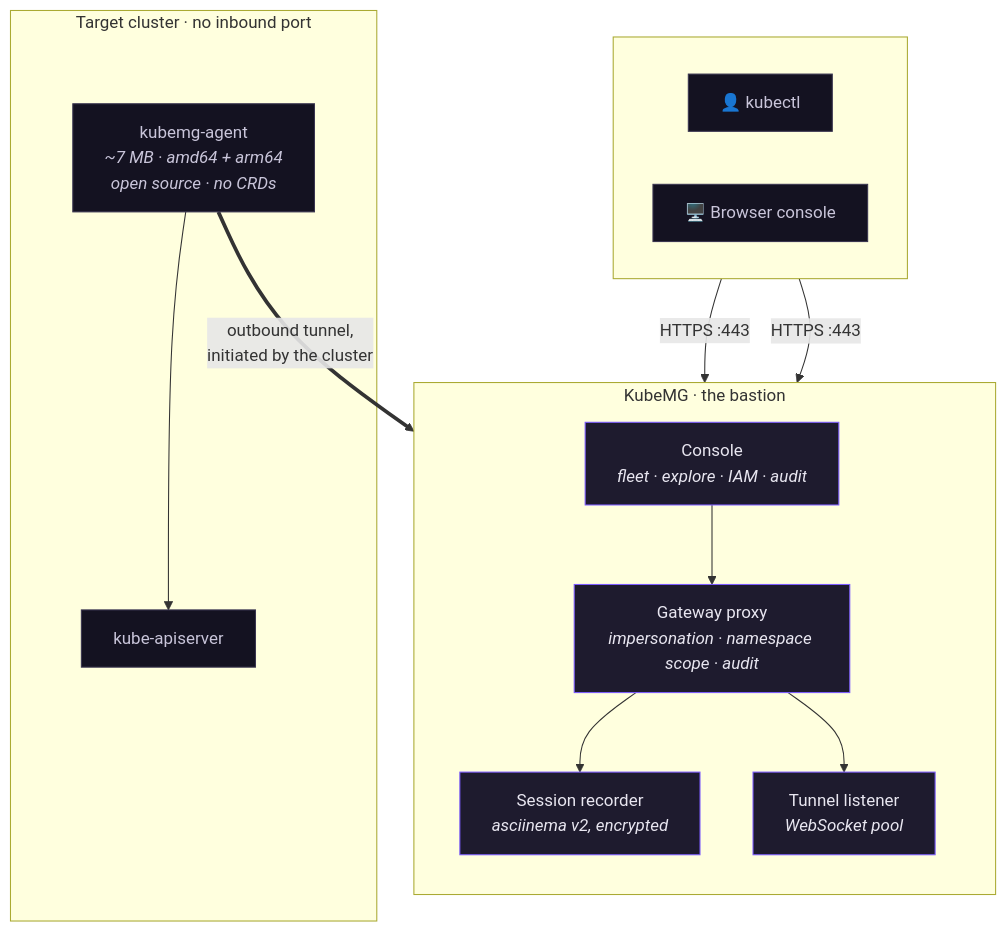
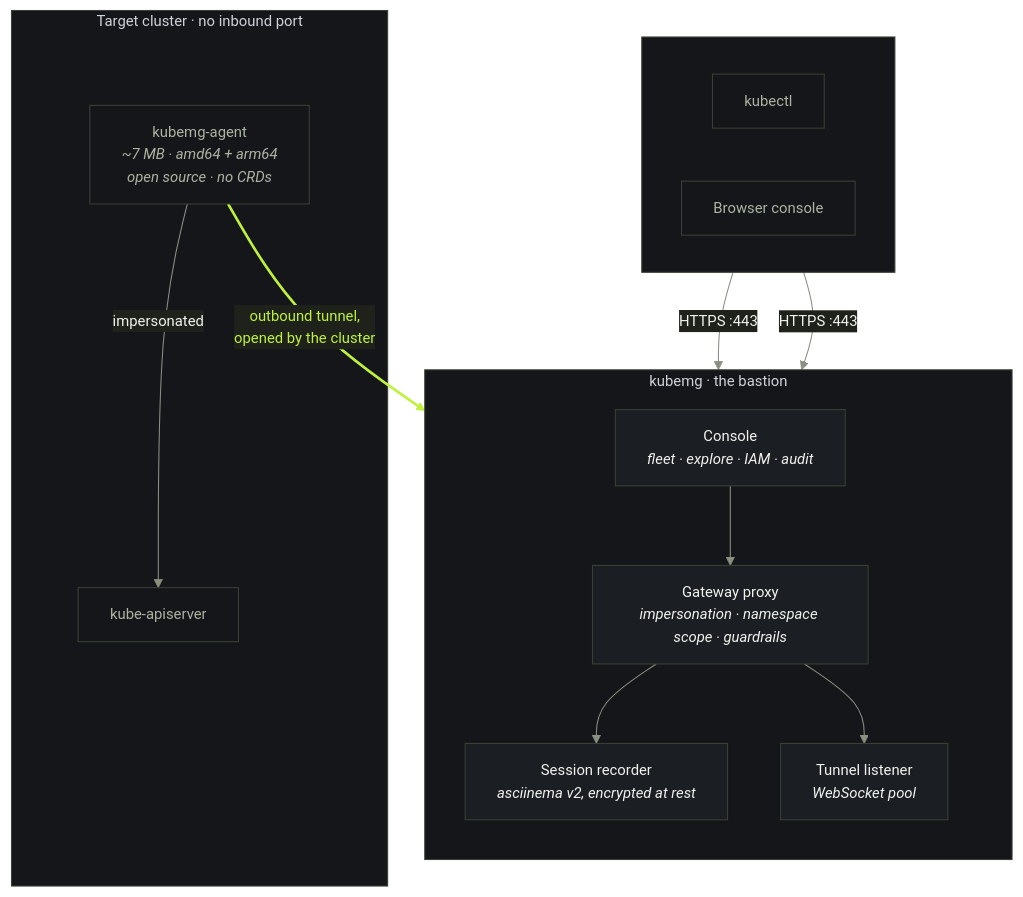
The first of 6 diagrams in README.md (kubemg/kubemg), drawn with Mermaid before and after one commit. The commit also changed other lines of this file and 2 other files, not shown here.

First line of the commit message:
docs(readme): put the README on the brand system, and lead with the trade (#69)

````diff
--- a/README.md
+++ b/README.md
@@ -26,34 +41,45 @@
 ```mermaid
+%%{init: {'theme':'base','themeVariables':{
+  'fontFamily':'-apple-system, BlinkMacSystemFont, Segoe UI, Helvetica, Arial, sans-serif','fontSize':'14px',
+  'primaryColor':'#1B1E22','primaryTextColor':'#F2F3EF','primaryBorderColor':'#3A4033',
+  'lineColor':'#8A9080','textColor':'#F2F3EF',
+  'clusterBkg':'#14161A','clusterBorder':'#3A4033'
+}}}%%
 flowchart TB
     subgraph users[" "]
         direction LR
-        U1["👤 kubectl"]
-        U2["🖥️ Browser console"]
+        U1["kubectl"]
+        U2["Browser console"]
     end
 
-    subgraph kubemg["KubeMG · the bastion"]
+    subgraph bastion["kubemg · the bastion"]
         direction TB
         C["Console<br/><i>fleet · explore · IAM · audit</i>"]
-        P["Gateway proxy<br/><i>impersonation · namespace scope · audit</i>"]
-        R["Session recorder<br/><i>asciinema v2, encrypted</i>"]
+        P["Gateway proxy<br/><i>impersonation · namespace scope · guardrails</i>"]
+        R["Session recorder<br/><i>asciinema v2, encrypted at rest</i>"]
         T["Tunnel listener<br/><i>WebSocket pool</i>"]
     end
 
     subgraph cluster["Target cluster · no inbound port"]
         A["kubemg-agent<br/><i>~7 MB · amd64 + arm64<br/>open source · no CRDs</i>"]
         K["kube-apiserver"]
     end
 
     U1 -- "HTTPS :443" --> P
     U2 -- "HTTPS :443" --> C
     C --> P
     P --> R
     P --> T
-    A == "outbound tunnel,<br/>initiated by the cluster" ==> T
-    A --> K
+    A == "outbound tunnel,<br/>opened by the cluster" ==> T
+    A -- "impersonated" --> K
 
-    classDef box fill:#1e1b2e,stroke:#7c5cff,color:#e8e6f0
-    classDef edge fill:#141221,stroke:#3a3550,color:#c9c5da
-    class C,P,R,T box
-    class A,K,U1,U2 edge
+    classDef core fill:#1B1E22,stroke:#3A4033,color:#F2F3EF
+    classDef quiet fill:#14161A,stroke:#3A4033,color:#ADB4A2
+    class C,P,R,T core
+    class A,K,U1,U2 quiet
+
+    %% Lime marks exactly one thing in this diagram: the arrow that points the
+    %% other way. It is the reason the product exists, so it is the only edge
+    %% carrying the accent.
+    linkStyle 5 stroke:#BFF23C,stroke-width:2.5px,color:#BFF23C
 ```
````
